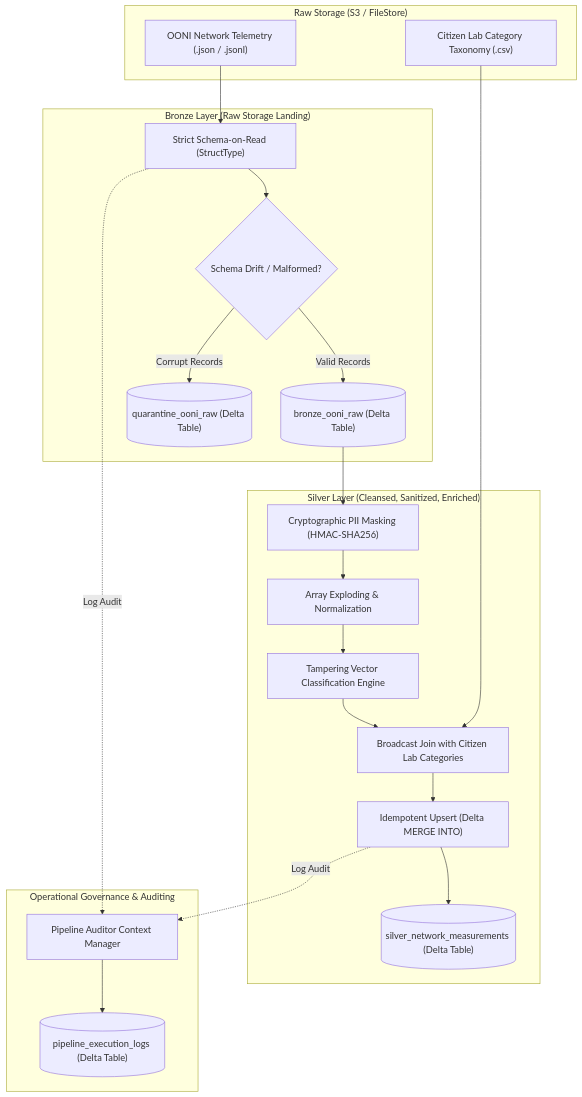
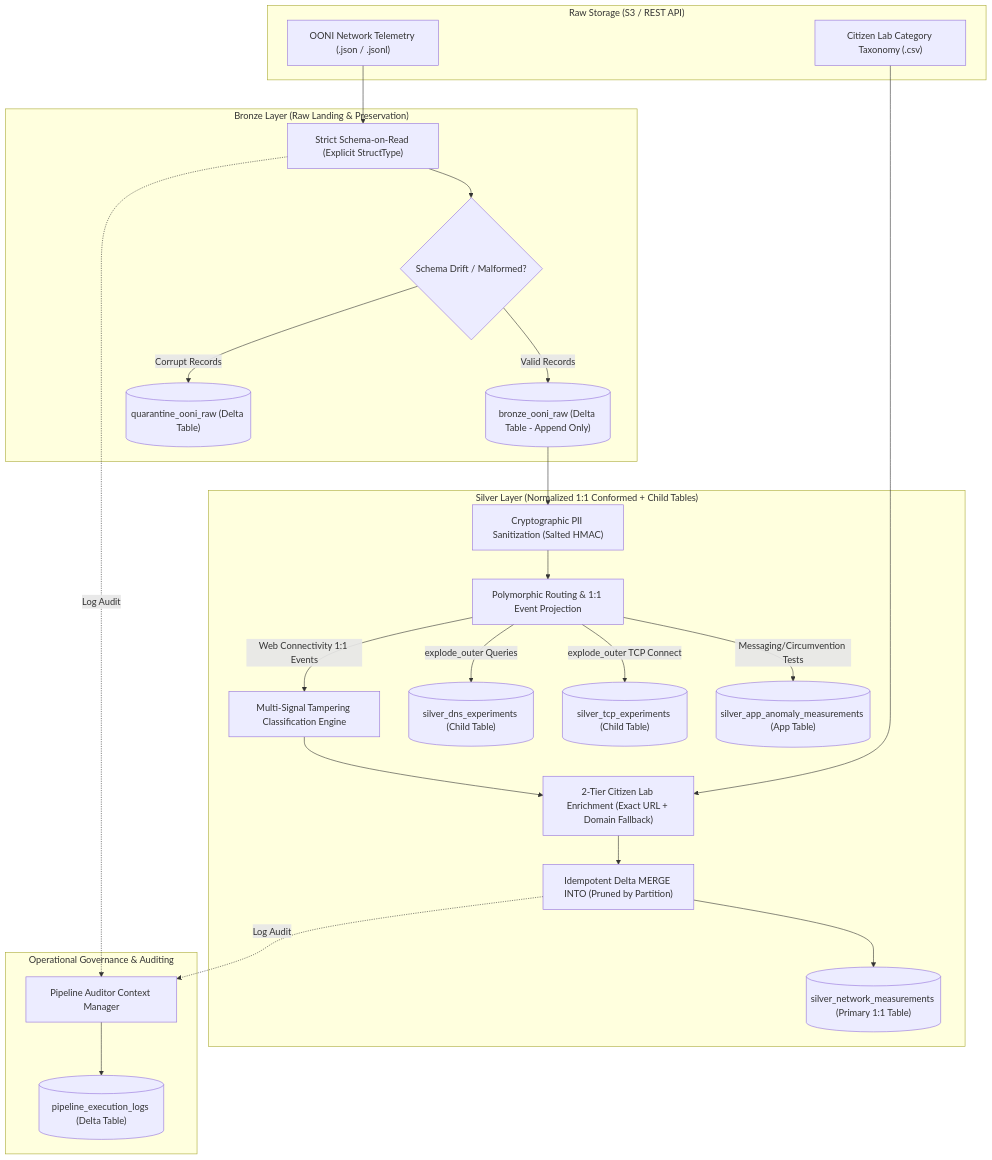
Before and after one commit to Muhammad-Ibrahim-001/Project-Panopticon: the diagram in Docs/Phase 2/phase2_implementation_plan.md, drawn with Mermaid. The commit also changed other lines of this file and 21 other files, not shown here.

First line of the commit message:
chore(silver): reconcile schema contracts, engineering audit, and review documentation

````diff
--- a/Docs/Phase 2/phase2_implementation_plan.md
+++ b/Docs/Phase 2/phase2_implementation_plan.md
@@ -77,45 +77,53 @@
 ```mermaid
 flowchart TD
-    subgraph Raw_Layer["Raw Storage (S3 / FileStore)"]
+    subgraph Raw_Layer["Raw Storage (S3 / REST API)"]
         RawJSON["OONI Network Telemetry (.json / .jsonl)"]
         RefCSV["Citizen Lab Category Taxonomy (.csv)"]
     end
 
-    subgraph Bronze_Layer["Bronze Layer (Raw Storage Landing)"]
-        SchemaRead["Strict Schema-on-Read (StructType)"]
+    subgraph Bronze_Layer["Bronze Layer (Raw Landing & Preservation)"]
+        SchemaRead["Strict Schema-on-Read (Explicit StructType)"]
         DriftRouter{"Schema Drift / Malformed?"}
-        BronzeDelta[("bronze_ooni_raw (Delta Table)")]
+        BronzeDelta[("bronze_ooni_raw (Delta Table - Append Only)")]
         QuarantineDelta[("quarantine_ooni_raw (Delta Table)")]
     end
 
-    subgraph Silver_Layer["Silver Layer (Cleansed, Sanitized, Enriched)"]
-        PIIMasking["Cryptographic PII Masking (HMAC-SHA256)"]
-        Flattening["Array Exploding & Normalization"]
-        VectorEngine["Tampering Vector Classification Engine"]
-        RefJoin["Broadcast Join with Citizen Lab Categories"]
-        DeltaMerge["Idempotent Upsert (Delta MERGE INTO)"]
-        SilverDelta[("silver_network_measurements (Delta Table)")]
+    subgraph Silver_Layer["Silver Layer (Normalized 1:1 Conformed + Child Tables)"]
+        PIIMasking["Cryptographic PII Sanitization (Salted HMAC)"]
+        EventSplitter["Polymorphic Routing & 1:1 Event Projection"]
+        VectorEngine["Multi-Signal Tampering Classification Engine"]
+        RefJoin["2-Tier Citizen Lab Enrichment (Exact URL + Domain Fallback)"]
+        DeltaMerge["Idempotent Delta MERGE INTO (Pruned by Partition)"]
+        SilverDelta[("silver_network_measurements (Primary 1:1 Table)")]
+        SilverDNS[("silver_dns_experiments (Child Table)")]
+        SilverTCP[("silver_tcp_experiments (Child Table)")]
+        SilverApp[("silver_app_anomaly_measurements (App Table)")]
     end
 
     subgraph Operational_Layer["Operational Governance & Auditing"]
         AuditLogger["Pipeline Auditor Context Manager"]
         AuditTable[("pipeline_execution_logs (Delta Table)")]
     end
 
     RawJSON --> SchemaRead
     SchemaRead --> DriftRouter
     DriftRouter -- Valid Records --> BronzeDelta
     DriftRouter -- Corrupt Records --> QuarantineDelta
 
     BronzeDelta --> PIIMasking
+    PIIMasking --> EventSplitter
     RefCSV --> RefJoin
-    PIIMasking --> Flattening
-    Flattening --> VectorEngine
+
+    EventSplitter -->|Web Connectivity 1:1 Events| VectorEngine
+    EventSplitter -->|explode_outer Queries| SilverDNS
+    EventSplitter -->|explode_outer TCP Connect| SilverTCP
+    EventSplitter -->|Messaging/Circumvention Tests| SilverApp
+
     VectorEngine --> RefJoin
     RefJoin --> DeltaMerge
     DeltaMerge --> SilverDelta
 
     SchemaRead -. Log Audit .-> AuditLogger
     DeltaMerge -. Log Audit .-> AuditLogger
     AuditLogger --> AuditTable
 ```
````
